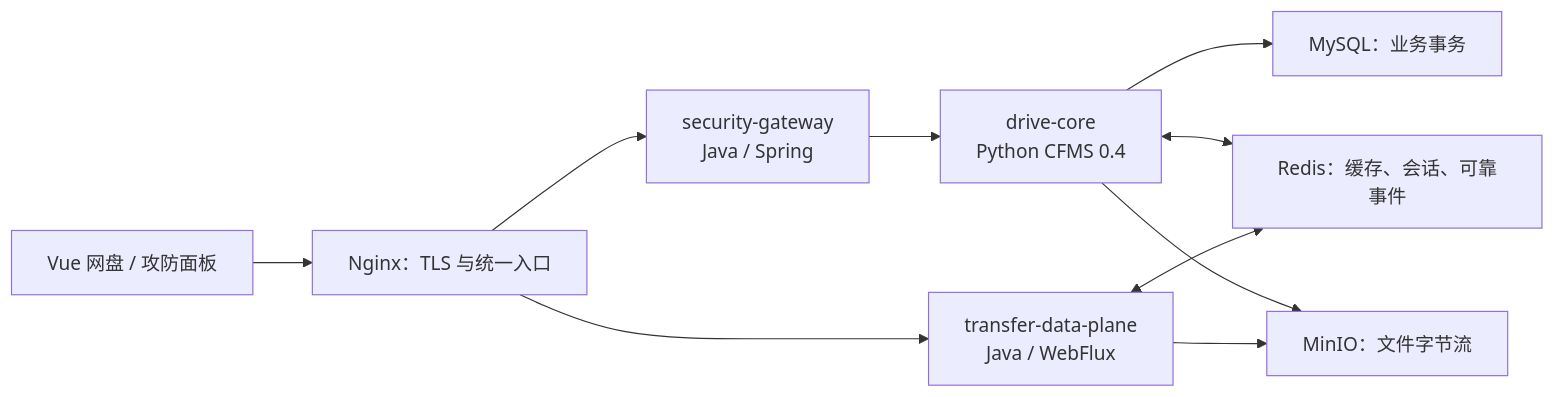
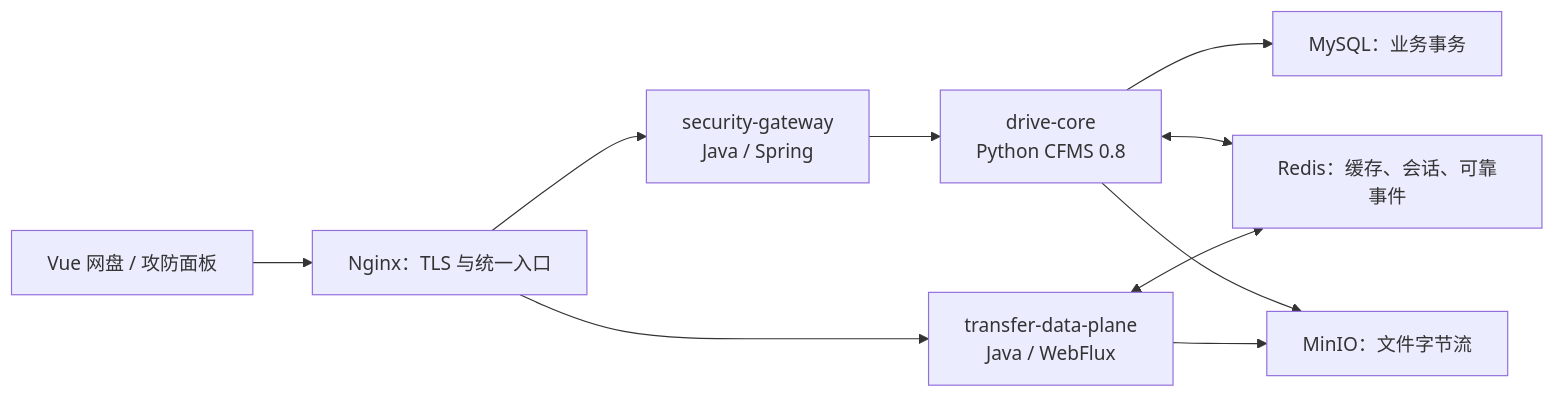
The diagram in README.md (CavanasD/ThesisDrive), drawn with Mermaid before and after one commit. The commit also changed other lines of this file and 15 other files, not shown here.

````diff
--- a/README.md
+++ b/README.md
@@ -9,12 +9,12 @@
 ```mermaid
 flowchart LR
     B["Vue 网盘 / 攻防面板"] --> N["Nginx：TLS 与统一入口"]
     N --> G["security-gateway<br/>Java / Spring"]
-    G --> C["drive-core<br/>Python CFMS 0.4"]
+    G --> C["drive-core<br/>Python CFMS 0.8"]
     N --> T["transfer-data-plane<br/>Java / WebFlux"]
     C --> D["MySQL：业务事务"]
     C <--> R["Redis：缓存、会话、可靠事件"]
     T <--> R
     C --> M["MinIO：对象元数据访问"]
     T --> M["MinIO：文件字节流"]
 ```
````
